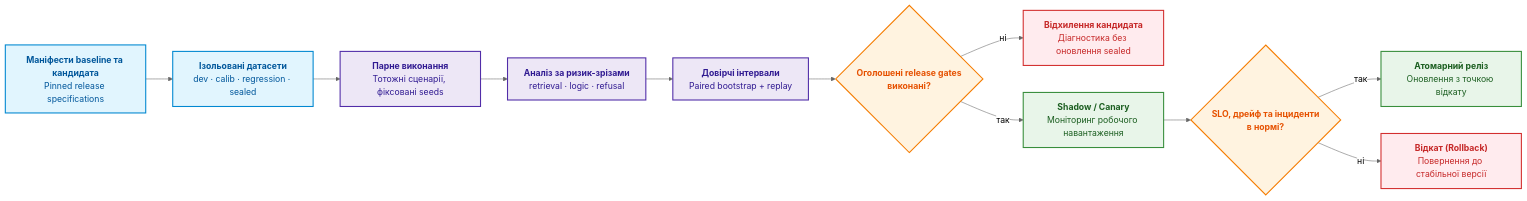
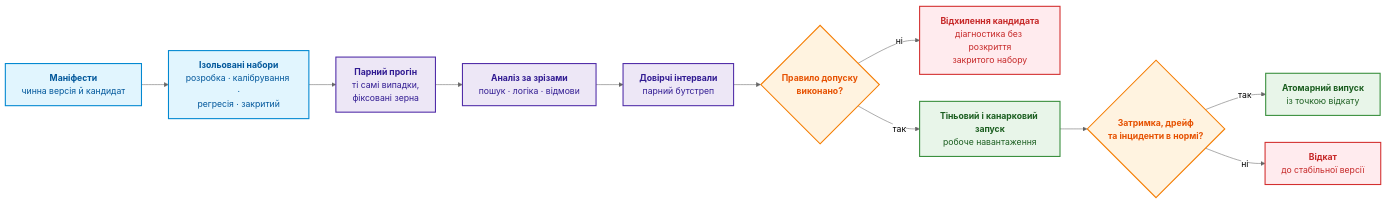
One commit to nick-fedchik/articles changed the fourth of 6 diagrams in ExpertSystem/ch25-how-expert-systems-learn.md. Above: the diagram before and after it, drawn with Mermaid (neutral theme). The commit also changed other lines of this file, not shown here.

````diff
--- a/ExpertSystem/ch25-how-expert-systems-learn.md
+++ b/ExpertSystem/ch25-how-expert-systems-learn.md
@@ -703,28 +453,28 @@
 ```mermaid
 flowchart LR
-    accTitle: Конвеєр іспиту та оцінки регресій
-    accDescr: Від маніфесту та ізольованих датасетів до парного виконання, аналізу зрізів і воріт релізу.
+    accTitle: Конвеєр іспиту й рішення про випуск
+    accDescr: Маніфести чинної версії й кандидата та ізольовані набори даних дають парний прогін, аналіз за зрізами й довірчі інтервали; правило допуску відхиляє кандидата або передає його на тіньовий запуск, після якого настає атомарний випуск або відкат.
 
-    Manifest["<b>Маніфести baseline та кандидата</b><br/>Pinned release specifications"] --> Split["<b>Ізольовані датасети</b><br/>dev · calib · regression · sealed"]
-    Split --> Paired["<b>Парне виконання</b><br/>Тотожні сценарії, фіксовані seeds"]
-    Paired --> Slices["<b>Аналіз за ризик-зрізами</b><br/>retrieval · logic · refusal"]
-    Slices --> CI["<b>Довірчі інтервали</b><br/>Paired bootstrap + replay"]
-    CI --> Gate{"<b>Оголошені release gates<br/>виконані?</b>"}
-    Gate -->|"ні"| Reject["<b>Відхилення кандидата</b><br/>Діагностика без оновлення sealed"]
-    Gate -->|"так"| Shadow["<b>Shadow / Canary</b><br/>Моніторинг робочого навантаження"]
-    Shadow --> Promote{"<b>SLO, дрейф та інциденти<br/>в нормі?</b>"}
-    Promote -->|"так"| Release["<b>Атомарний реліз</b><br/>Оновлення з точкою відкату"]
-    Promote -->|"ні"| Rollback["<b>Відкат (Rollback)</b><br/>Повернення до стабільної версії"]
+    Manifest["<b>Маніфести</b><br/>чинна версія й кандидат"] --> Split["<b>Ізольовані набори</b><br/>розробка · калібрування ·<br/>регресія · закритий"]
+    Split --> Paired["<b>Парний прогін</b><br/>ті самі випадки,<br/>фіксовані зерна"]
+    Paired --> Slices["<b>Аналіз за зрізами</b><br/>пошук · логіка · відмови"]
+    Slices --> CI["<b>Довірчі інтервали</b><br/>парний бутстреп"]
+    CI --> Gate{"<b>Правило допуску<br/>виконано?</b>"}
+    Gate -->|"ні"| Reject["<b>Відхилення кандидата</b><br/>діагностика без розкриття<br/>закритого набору"]
+    Gate -->|"так"| Shadow["<b>Тіньовий і канарковий запуск</b><br/>робоче навантаження"]
+    Shadow --> Promote{"<b>Затримка, дрейф<br/>та інциденти в нормі?</b>"}
+    Promote -->|"так"| Release["<b>Атомарний випуск</b><br/>із точкою відкату"]
+    Promote -->|"ні"| Rollback["<b>Відкат</b><br/>до стабільної версії"]
 
     classDef inp fill:#e1f5fe,stroke:#0288d1,stroke-width:2px,color:#01579b;
     classDef run fill:#ede7f6,stroke:#512da8,stroke-width:2px,color:#311b92;
     classDef gate fill:#fff3e0,stroke:#f57c00,stroke-width:2px,color:#e65100;
     classDef ok fill:#e8f5e9,stroke:#388e3c,stroke-width:2px,color:#1b5e20;
     classDef fail fill:#ffebee,stroke:#d32f2f,stroke-width:2px,color:#c62828;
 
     class Manifest,Split inp;
     class Paired,Slices,CI run;
     class Gate,Promote gate;
     class Shadow,Release ok;
     class Reject,Rollback fail;
 ```
````
